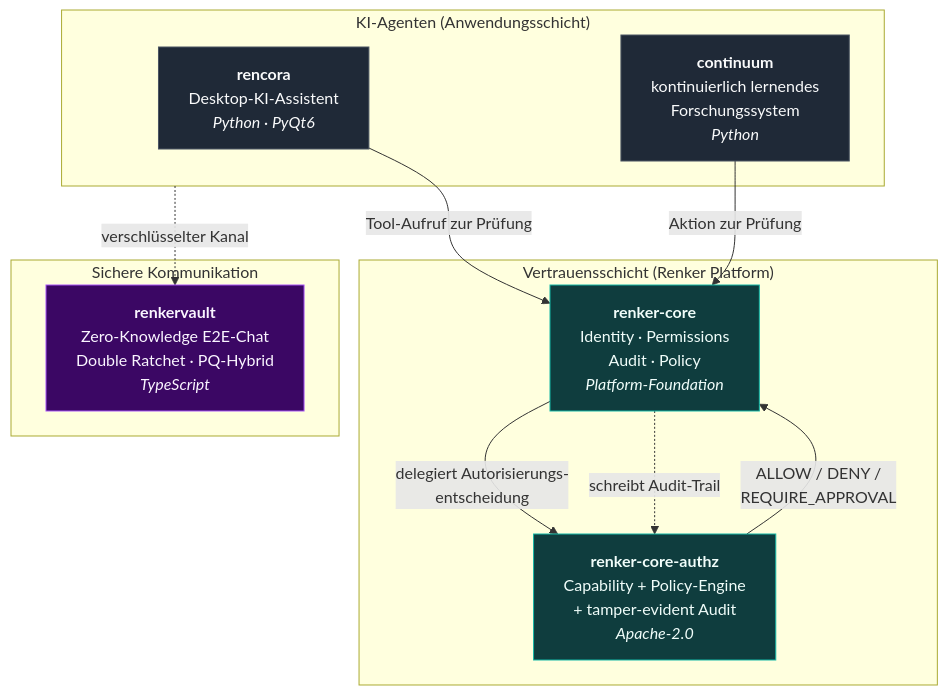
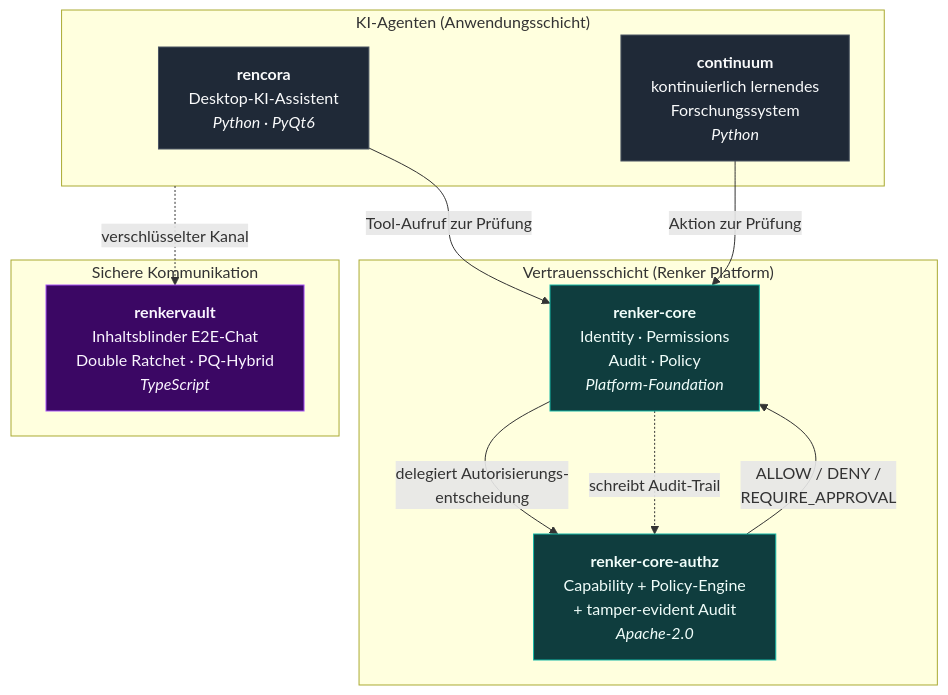
The diagram in README.md (sebastianrenker/sebastianrenker), drawn with Mermaid before and after one commit. The commit also changed other lines of this file and 3 other files, not shown here.

````diff
--- a/README.md
+++ b/README.md
@@ -39,30 +39,30 @@
 ```mermaid
 flowchart TB
     subgraph agents["KI-Agenten (Anwendungsschicht)"]
         rencora["<b>rencora</b><br/>Desktop-KI-Assistent<br/><i>Python · PyQt6</i>"]
         continuum["<b>continuum</b><br/>kontinuierlich lernendes<br/>Forschungssystem<br/><i>Python</i>"]
     end
 
     subgraph trust["Vertrauensschicht (Renker Platform)"]
         core["<b>renker-core</b><br/>Identity · Permissions<br/>Audit · Policy<br/><i>Platform-Foundation</i>"]
         authz["<b>renker-core-authz</b><br/>Capability + Policy-Engine<br/>+ tamper-evident Audit<br/><i>Apache-2.0</i>"]
     end
 
     subgraph comms["Sichere Kommunikation"]
-        vault["<b>renkervault</b><br/>Zero-Knowledge E2E-Chat<br/>Double Ratchet · PQ-Hybrid<br/><i>TypeScript</i>"]
+        vault["<b>renkervault</b><br/>Inhaltsblinder E2E-Chat<br/>Double Ratchet · PQ-Hybrid<br/><i>TypeScript</i>"]
     end
 
     rencora -->|"Tool-Aufruf zur Prüfung"| core
     continuum -->|"Aktion zur Prüfung"| core
     core -->|"delegiert Autorisierungs-<br/>entscheidung"| authz
     authz -->|"ALLOW / DENY /<br/>REQUIRE_APPROVAL"| core
     core -.->|"schreibt Audit-Trail"| authz
     agents -.->|"verschlüsselter Kanal"| vault
 
     classDef agent fill:#1f2937,stroke:#4b5563,color:#f9fafb;
     classDef trustnode fill:#0f3d3e,stroke:#14b8a6,color:#f0fdfa;
     classDef commsnode fill:#3b0764,stroke:#a855f7,color:#faf5ff;
     class rencora,continuum agent;
     class core,authz trustnode;
     class vault commsnode;
 ```
````
